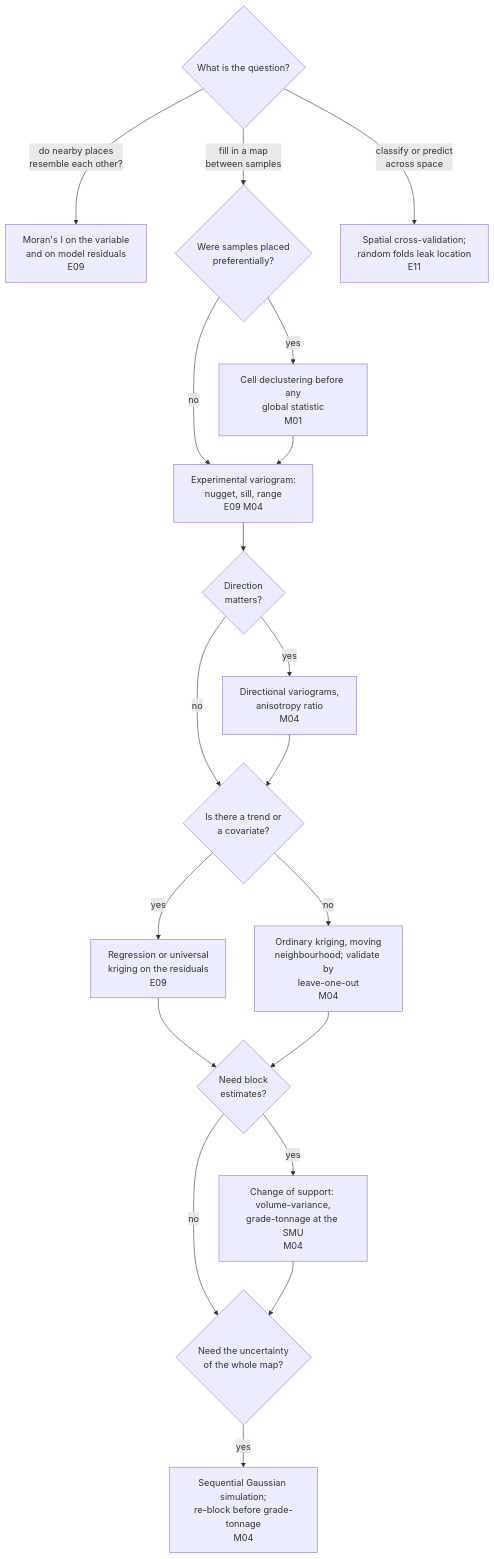
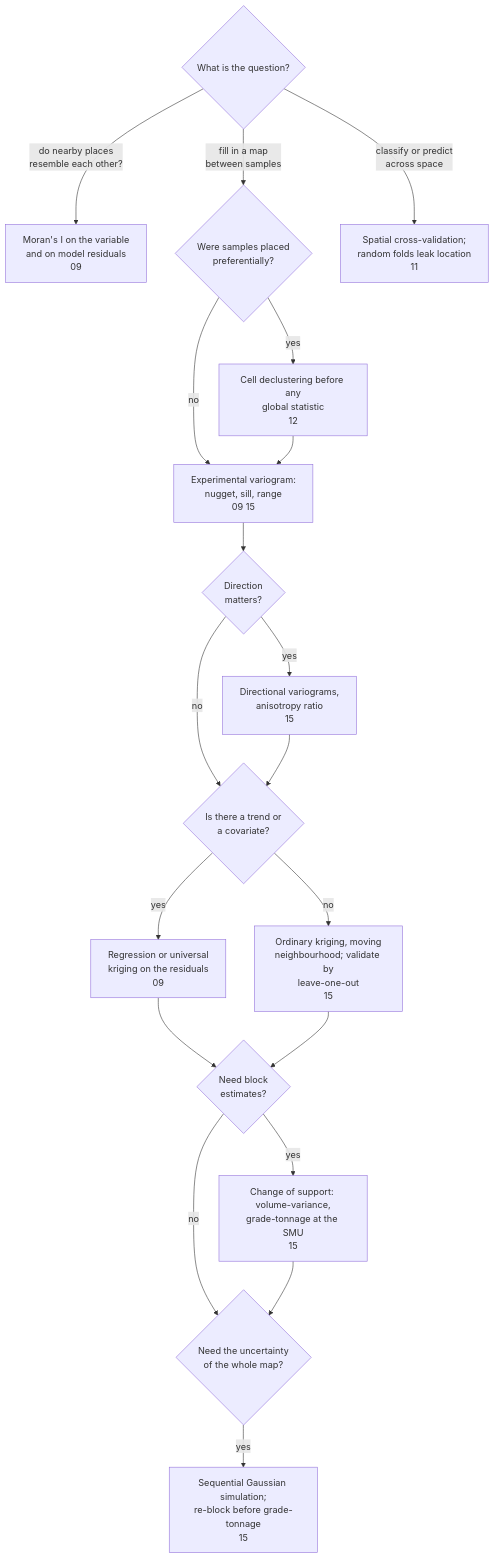
One commit to ethannol/stats-cheatsheet changed the fifth of 7 diagrams in FLOWCHART.md. Above: the diagram before and after it, drawn with Mermaid. The commit also changed other lines of this file and 31 other files, not shown here.

````diff
--- a/FLOWCHART.md
+++ b/FLOWCHART.md
@@ -108,21 +108,21 @@
 ```mermaid
 flowchart TD
-    A{What is the question?} -- "do nearby places<br>resemble each other?" --> B[Moran's I on the variable<br>and on model residuals<br>E09]
+    A{What is the question?} -- "do nearby places<br>resemble each other?" --> B[Moran's I on the variable<br>and on model residuals<br>09]
     A -- "fill in a map<br>between samples" --> C{Were samples placed<br>preferentially?}
-    C -- yes --> C1[Cell declustering before any<br>global statistic<br>M01]
+    C -- yes --> C1[Cell declustering before any<br>global statistic<br>12]
     C -- no --> D
-    C1 --> D[Experimental variogram:<br>nugget, sill, range<br>E09 M04]
+    C1 --> D[Experimental variogram:<br>nugget, sill, range<br>09 15]
     D --> E{Direction<br>matters?}
-    E -- yes --> E1[Directional variograms,<br>anisotropy ratio<br>M04]
+    E -- yes --> E1[Directional variograms,<br>anisotropy ratio<br>15]
     E -- no --> F
     E1 --> F{Is there a trend or<br>a covariate?}
-    F -- yes --> F1[Regression or universal<br>kriging on the residuals<br>E09]
-    F -- no --> F2[Ordinary kriging, moving<br>neighbourhood; validate by<br>leave-one-out<br>M04]
+    F -- yes --> F1[Regression or universal<br>kriging on the residuals<br>09]
+    F -- no --> F2[Ordinary kriging, moving<br>neighbourhood; validate by<br>leave-one-out<br>15]
     F1 --> G
     F2 --> G{Need block<br>estimates?}
-    G -- yes --> G1[Change of support: volume-variance,<br>grade-tonnage at the SMU<br>M04]
+    G -- yes --> G1[Change of support: volume-variance,<br>grade-tonnage at the SMU<br>15]
     G -- no --> H
     G1 --> H{Need the uncertainty<br>of the whole map?}
-    H -- yes --> H1[Sequential Gaussian simulation;<br>re-block before grade-tonnage<br>M04]
-    A -- "classify or predict<br>across space" --> I[Spatial cross-validation;<br>random folds leak location<br>E11]
+    H -- yes --> H1[Sequential Gaussian simulation;<br>re-block before grade-tonnage<br>15]
+    A -- "classify or predict<br>across space" --> I[Spatial cross-validation;<br>random folds leak location<br>11]
 ```
````
